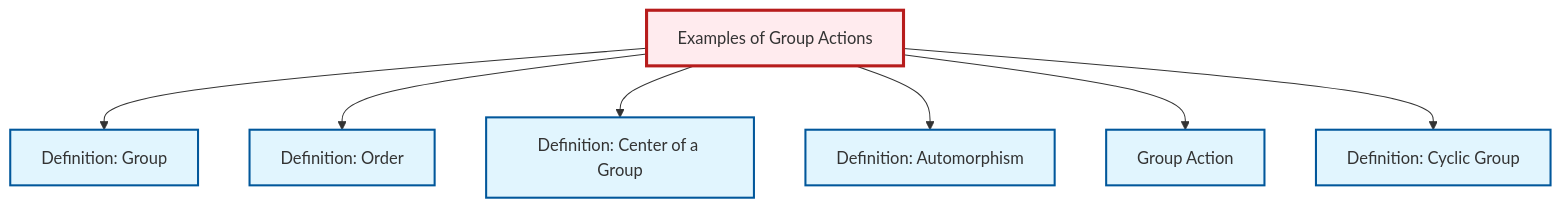
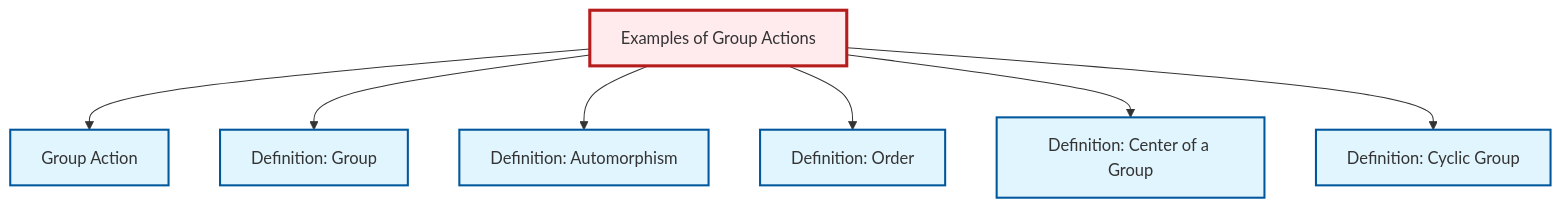
One commit to RK0429/ModernMath changed the diagram in content/en/algebra/ex-group-action-examples.qmd. Above: the diagram before and after it, drawn with Mermaid. The commit also changed other lines of this file and 654 other files, not shown here.

````diff
--- a/content/en/algebra/ex-group-action-examples.qmd
+++ b/content/en/algebra/ex-group-action-examples.qmd
@@ -78,29 +78,29 @@
 ```{mermaid}
 %%| fig-cap: "Local dependency graph"
 graph TD
     classDef definition fill:#e1f5fe,stroke:#01579b,stroke-width:2px
     classDef theorem fill:#f3e5f5,stroke:#4a148c,stroke-width:2px
     classDef axiom fill:#fff3e0,stroke:#e65100,stroke-width:2px
     classDef example fill:#e8f5e9,stroke:#1b5e20,stroke-width:2px
     classDef current fill:#ffebee,stroke:#b71c1c,stroke-width:3px
+    def-cyclic-group["Definition: Cyclic Group"]:::definition
+    def-center-of-group["Definition: Center of a Group"]:::definition
     def-group["Definition: Group"]:::definition
-    def-center-of-group["Definition: Center of a Group"]:::definition
-    def-cyclic-group["Definition: Cyclic Group"]:::definition
     def-order["Definition: Order"]:::definition
+    ex-group-action-examples["Examples of Group Actions"]:::example
     def-group-action["Group Action"]:::definition
     def-automorphism["Definition: Automorphism"]:::definition
-    ex-group-action-examples["Examples of Group Actions"]:::example
+    ex-group-action-examples --> def-group-action
     ex-group-action-examples --> def-group
+    ex-group-action-examples --> def-automorphism
     ex-group-action-examples --> def-order
     ex-group-action-examples --> def-center-of-group
-    ex-group-action-examples --> def-automorphism
-    ex-group-action-examples --> def-group-action
     ex-group-action-examples --> def-cyclic-group
     class ex-group-action-examples current
+    click def-cyclic-group "def-cyclic-group.html" "Go to Cyclic Group definition"
+    click def-center-of-group "def-center-of-group.html" "Go to Center of a Group definition"
     click def-group "def-group.html" "Go to Group definition"
-    click def-center-of-group "def-center-of-group.html" "Go to Center of a Group definition"
-    click def-cyclic-group "def-cyclic-group.html" "Go to Cyclic Group definition"
     click def-order "def-order.html" "Go to Order definition"
     click def-group-action "def-group-action.html" "Go to Group Action"
     click def-automorphism "def-automorphism.html" "Go to Automorphism definition"
 ```
````
